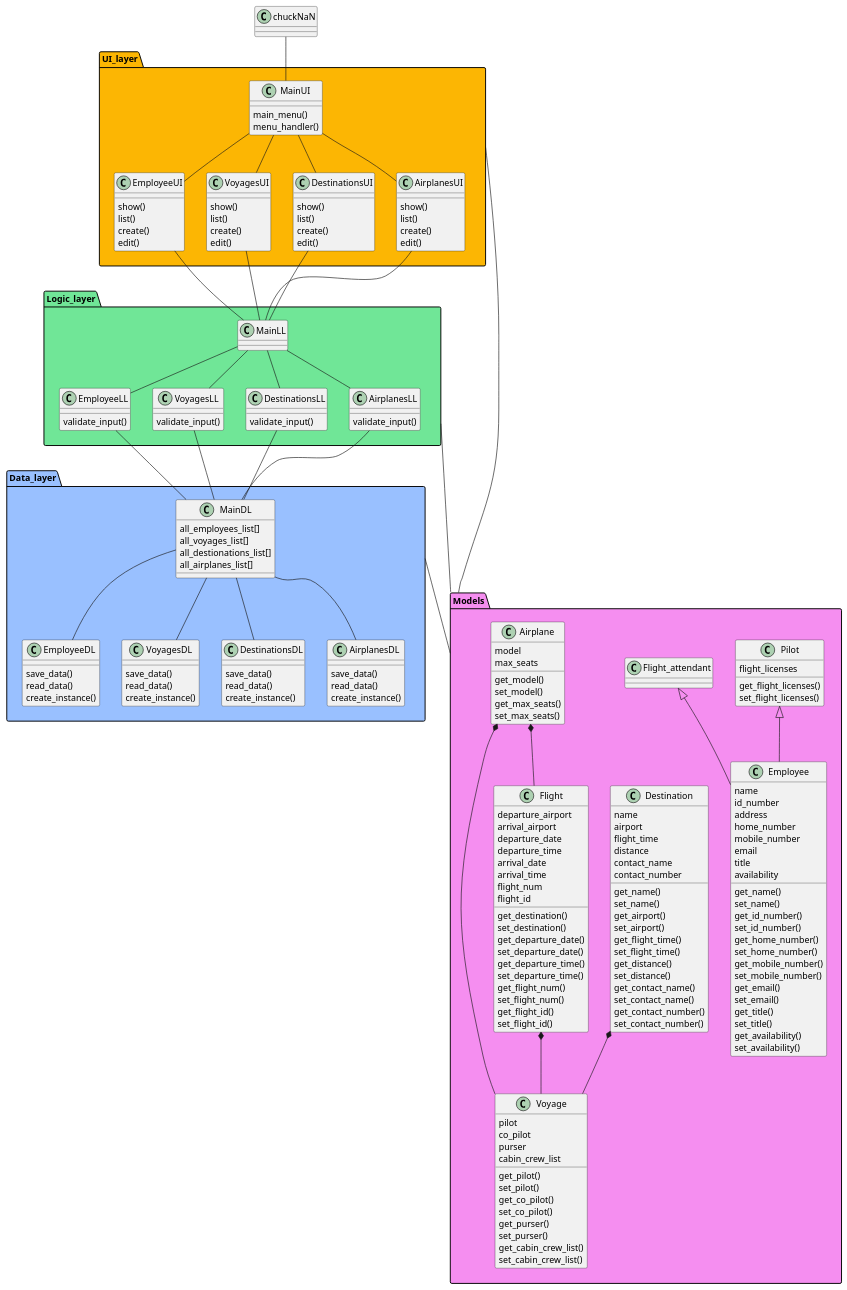
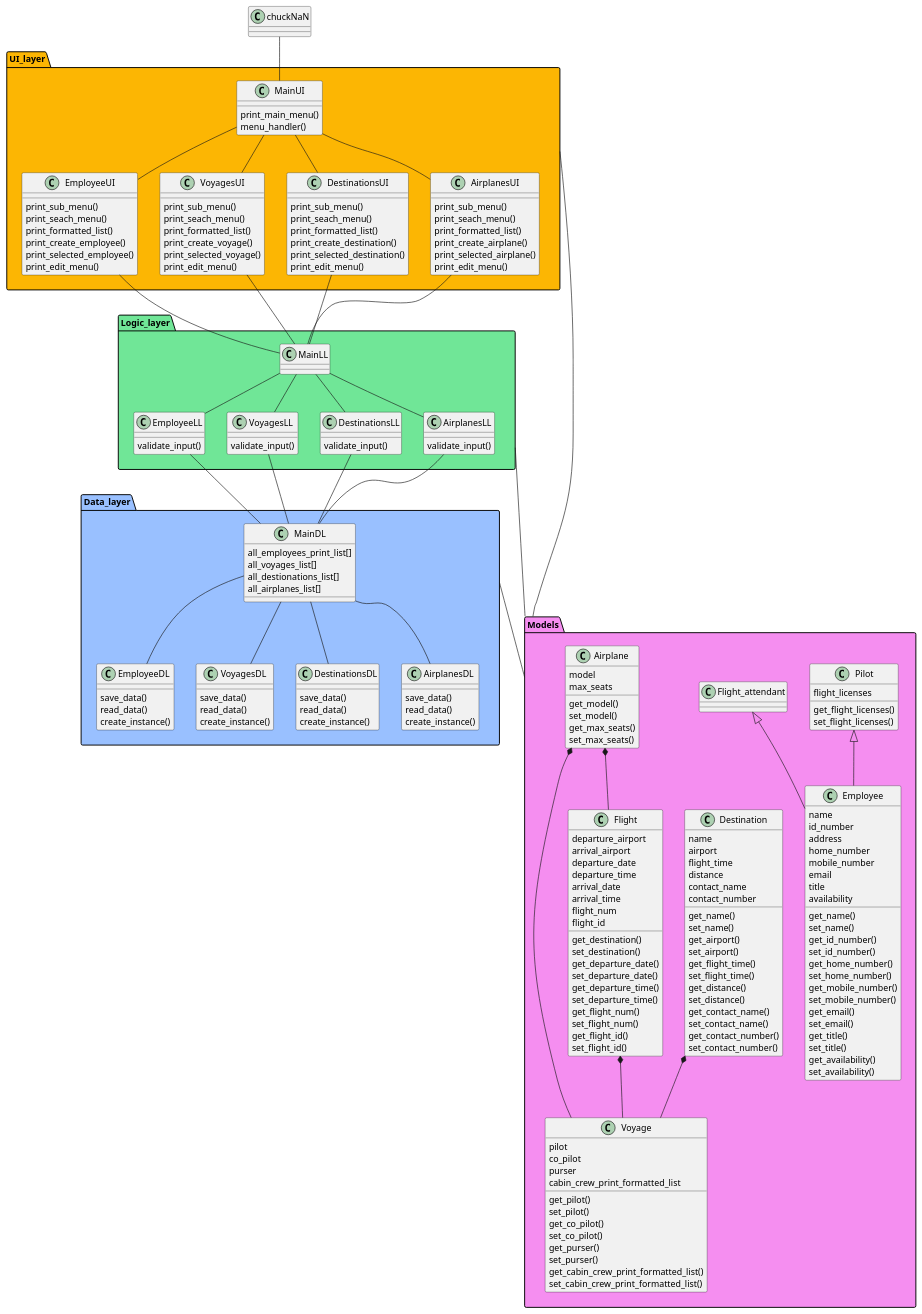
One commit to irmalexandra/vln1_chuck_nan changed the diagram in ClassDiagram.puml. Above: the diagram before and after it, drawn with PlantUML. The commit also changed 9 other files, not shown here.

```diff
--- a/ClassDiagram.puml
+++ b/ClassDiagram.puml
@@ -8,33 +8,41 @@
  
   chuckNaN -down- MainUI
   class MainUI{
-    main_menu()
+    print_main_menu()
     menu_handler()
   }
 
   class EmployeeUI{
-    show()
-    list()
-    create()
-    edit()
+    print_sub_menu()
+    print_seach_menu()
+    print_formatted_list()
+    print_create_employee()
+    print_selected_employee()
+    print_edit_menu()
   }
   class VoyagesUI{
-    show()
-    list()
-    create()
-    edit()
+    print_sub_menu()
+    print_seach_menu()
+    print_formatted_list()
+    print_create_voyage()
+    print_selected_voyage()
+    print_edit_menu()
   }
   class DestinationsUI{
-    show()
-    list()
-    create()
-    edit()
+    print_sub_menu()
+    print_seach_menu()
+    print_formatted_list()
+    print_create_destination()
+    print_selected_destination()
+    print_edit_menu()
   }
   class AirplanesUI{
-    show()
-    list()
-    create()
-    edit()
+    print_sub_menu()
+    print_seach_menu()
+    print_formatted_list()
+    print_create_airplane()
+    print_selected_airplane()
+    print_edit_menu()
   }
   MainUI -- EmployeeUI
   MainUI -- VoyagesUI
@@ -75,7 +83,7 @@
 package Data_layer #99c0ff{
 
   class MainDL{
-    all_employees_list[]
+    all_employees_print_list[]
     all_voyages_list[]
     all_destionations_list[]
     all_airplanes_list[]
@@ -193,7 +201,7 @@
   pilot
   co_pilot
   purser
-  cabin_crew_list
+  cabin_crew_print_formatted_list
 
   get_pilot()
   set_pilot()
@@ -201,8 +209,8 @@
   set_co_pilot()
   get_purser()
   set_purser()
-  get_cabin_crew_list()
-  set_cabin_crew_list()
+  get_cabin_crew_print_formatted_list()
+  set_cabin_crew_print_formatted_list()
 
 }
 
```
